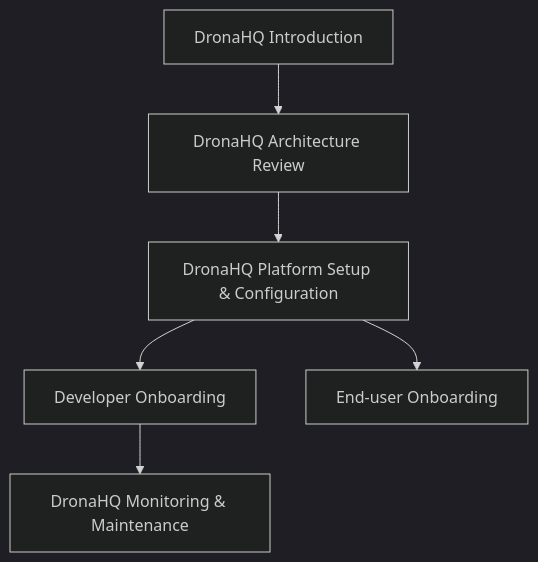
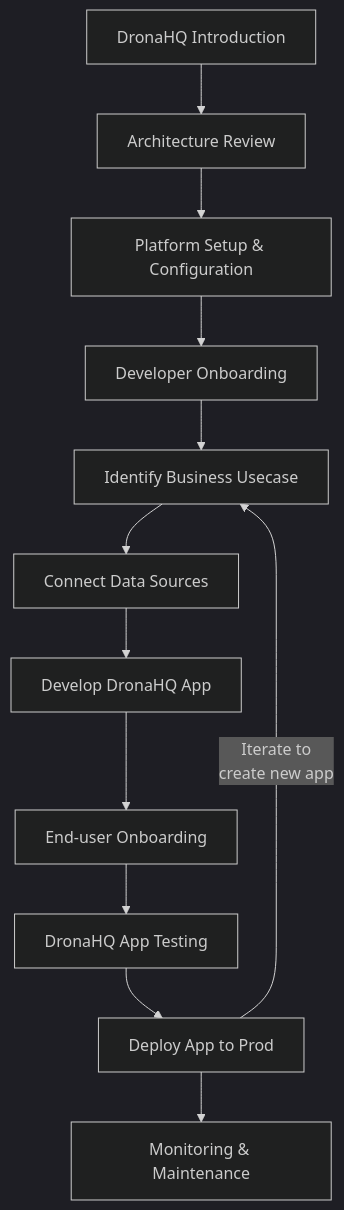
One commit to rahul-gharat/dronahq-docs changed the first of 2 diagrams in docs/getting-started/customer-jouney.md. Above: the diagram before and after it, drawn with Mermaid (dark theme). The commit also changed other lines of this file, not shown here.

````diff
--- a/docs/getting-started/customer-jouney.md
+++ b/docs/getting-started/customer-jouney.md
@@ -44,9 +45,15 @@
 ```mermaid
 graph TD
-    A[DronaHQ Introduction] --> B[DronaHQ Architecture Review]
-    B --> C[DronaHQ Platform Setup & Configuration]
+    A[DronaHQ Introduction] --> B[Architecture Review]
+    B --> C[Platform Setup & Configuration]
     C --> D[Developer Onboarding]
-    C --> E[End-user Onboarding]
-    D --> F[DronaHQ Monitoring & Maintenance]
+    D --> E[Identify Business Usecase]
+    E --> F[Connect Data Sources]
+    F --> G[Develop DronaHQ App]
+    G --> H[End-user Onboarding]
+    H --> I[DronaHQ App Testing]
+    I --> J[Deploy App to Prod]
+    J --> K[Monitoring & Maintenance]
+    J -- Iterate to \n create new app  --> E 
 
 ```
````
